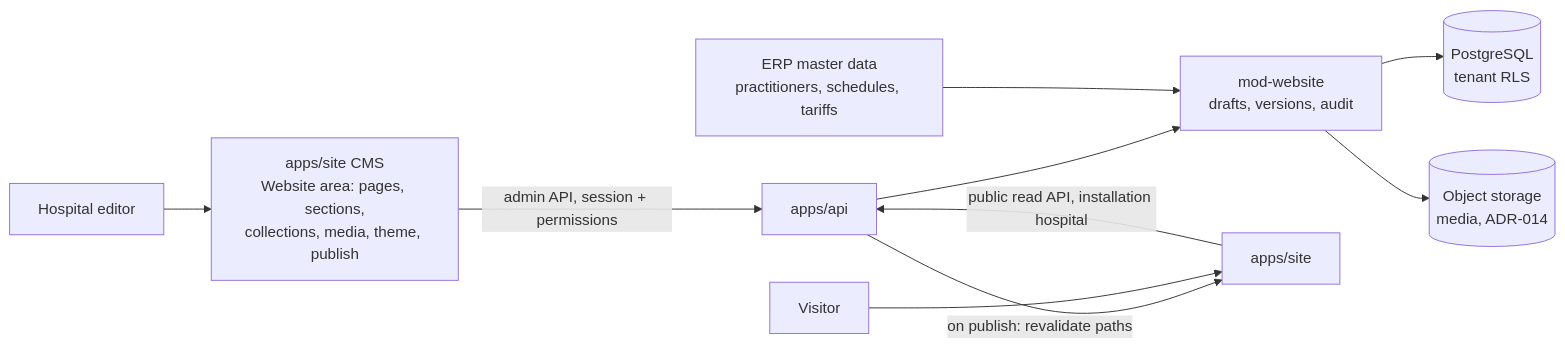
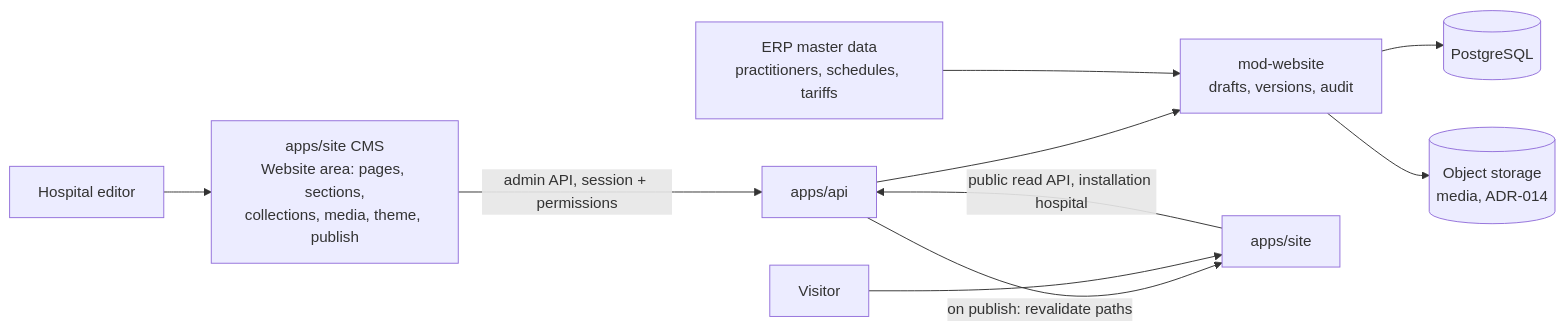
Before and after one commit to byteSpate/HMS-SaaS: the second of 4 diagrams in docs/site-planning/D-system-design.md, drawn with Mermaid. The commit also changed other lines of this file and 73 other files, not shown here.

````diff
--- a/docs/site-planning/D-system-design.md
+++ b/docs/site-planning/D-system-design.md
@@ -135,12 +135,12 @@
 ```mermaid
 flowchart LR
   ED[Hospital editor] --> WEB[apps/site CMS<br/>Website area: pages, sections,<br/>collections, media, theme, publish]
   WEB -->|admin API, session + permissions| API[apps/api]
   API --> MOD[mod-website<br/>drafts, versions, audit]
-  MOD --> DB[(PostgreSQL<br/>tenant RLS)]
+  MOD --> DB[(PostgreSQL)]
   MOD --> OBJ[(Object storage<br/>media, ADR-014)]
   API -->|on publish: revalidate paths| SITE[apps/site]
   V[Visitor] --> SITE
   SITE -->|public read API, installation hospital| API
   ERP[ERP master data<br/>practitioners, schedules, tariffs] --> MOD
 ```
````
